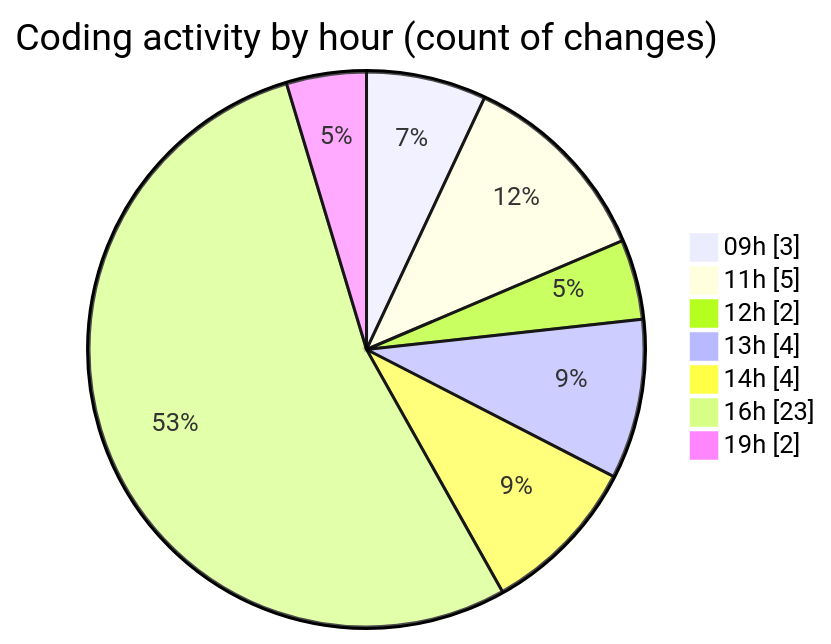
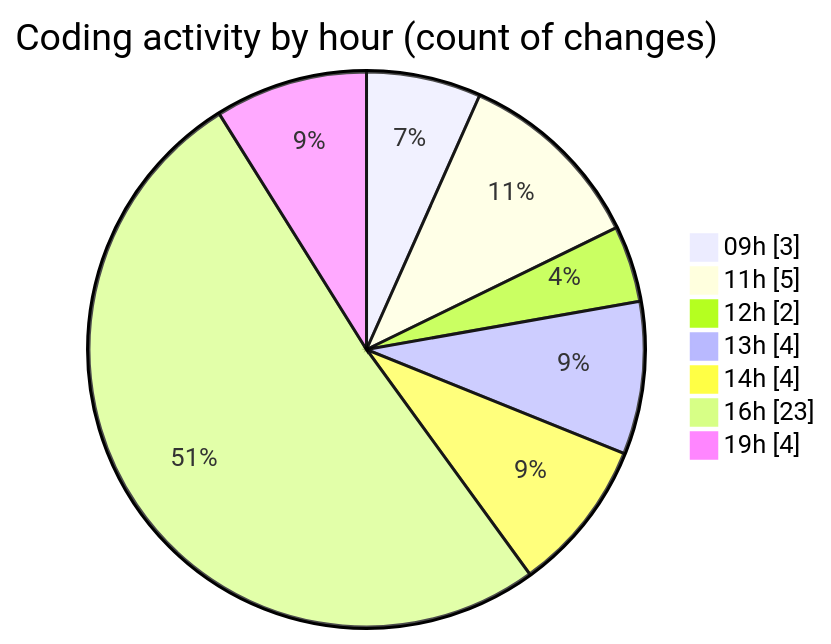
The second of 2 diagrams in 2026-03-03/cilapp/README.md (ricardozamudiocil/code-tracking), drawn with Mermaid before and after one commit. The commit also changed other lines of this file and 1 other file, not shown here.

````diff
--- a/2026-03-03/cilapp/README.md
+++ b/2026-03-03/cilapp/README.md
@@ -38,11 +38,11 @@
 ```mermaid
 pie showData
 title Coding activity by hour (count of changes)
 "09h" : 3
 "11h" : 5
 "12h" : 2
 "13h" : 4
 "14h" : 4
 "16h" : 23
-"19h" : 2
+"19h" : 4
 ```
````
